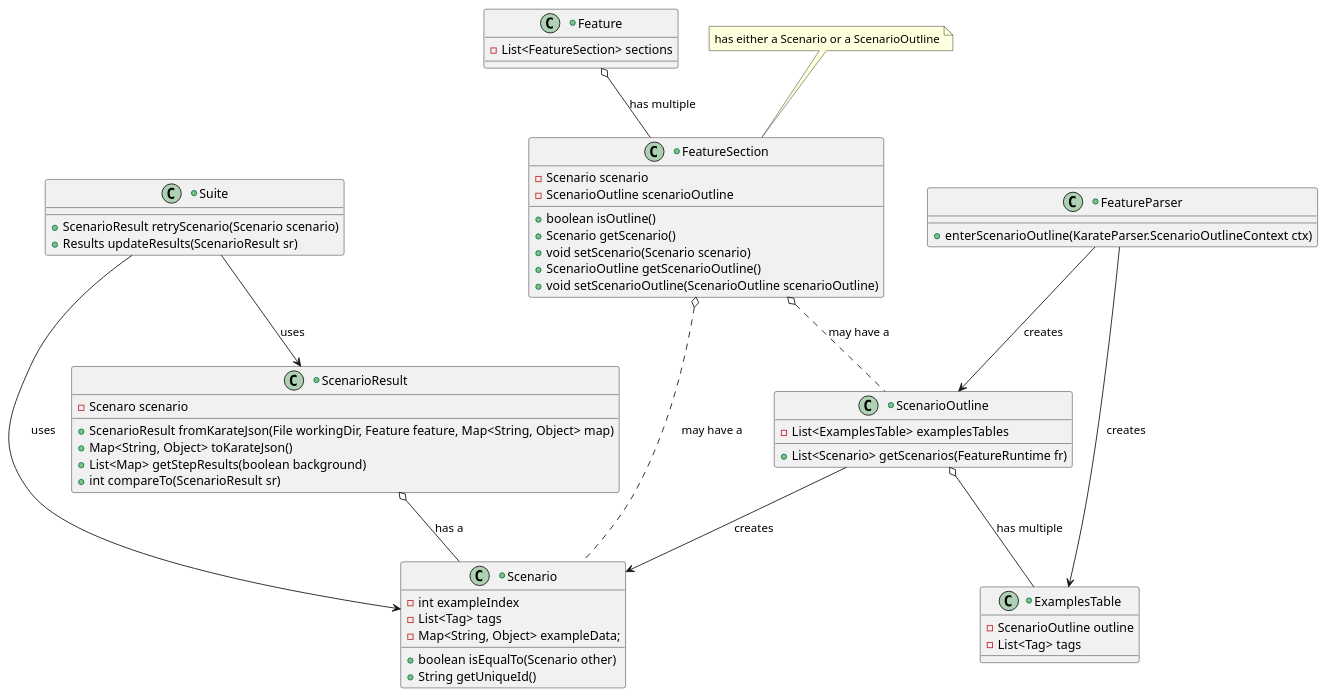
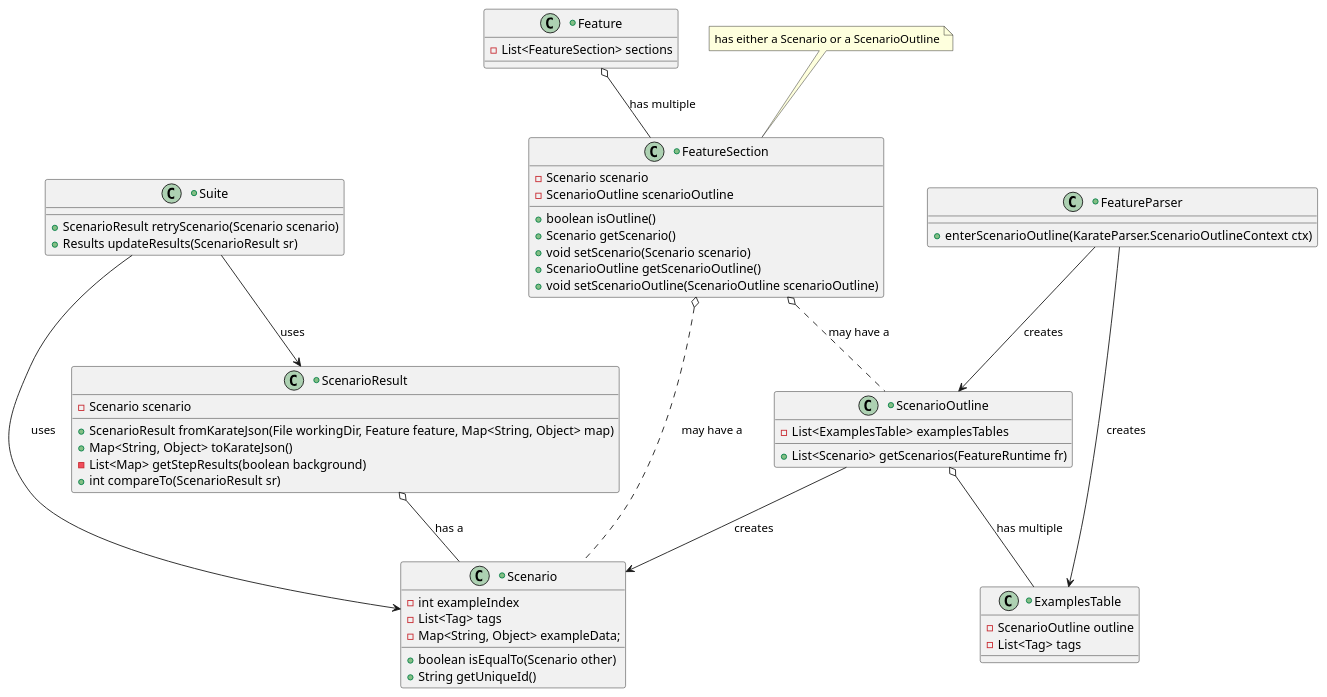
One commit to dd2480-group-18-2026/assignment-4-karate changed the diagram in assignment/uml/diagram_before.puml. Above: the diagram before and after it, drawn with PlantUML. The commit also changed 1 other file, not shown here.

```diff
--- a/assignment/uml/diagram_before.puml
+++ b/assignment/uml/diagram_before.puml
@@ -1,61 +1,61 @@
 @startuml diagram_before
 skinparam 300 dpi
 +class Suite {
 	+ScenarioResult retryScenario(Scenario scenario)
 	+Results updateResults(ScenarioResult sr)
 }
 +class Feature {
 	-List<FeatureSection> sections
 }
 +class FeatureSection {
 	-Scenario scenario
 	-ScenarioOutline scenarioOutline
 
 	+boolean isOutline()
 	+Scenario getScenario()
 	+void setScenario(Scenario scenario)
 	+ScenarioOutline getScenarioOutline()
 	+void setScenarioOutline(ScenarioOutline scenarioOutline)
 }
 +class FeatureParser {
 	+enterScenarioOutline(KarateParser.ScenarioOutlineContext ctx)
 }
 +class ScenarioOutline {
 	-List<ExamplesTable> examplesTables
 
 	+List<Scenario> getScenarios(FeatureRuntime fr)
 }
 +class Scenario {
 	-int exampleIndex
 	-List<Tag> tags
 	-Map<String, Object> exampleData;
 
 	+boolean isEqualTo(Scenario other)
 	+String getUniqueId() 
 }
 +class ExamplesTable {
 	-ScenarioOutline outline
 	-List<Tag> tags
 }
 +class ScenarioResult {
-	-Scenaro scenario
+	-Scenario scenario
 
 	+ScenarioResult fromKarateJson(File workingDir, Feature feature, Map<String, Object> map)
 	+Map<String, Object> toKarateJson()
-	+List<Map> getStepResults(boolean background)
+	-List<Map> getStepResults(boolean background)
 	+int compareTo(ScenarioResult sr)
 }
 
 note top of FeatureSection : has either a Scenario or a ScenarioOutline
 
 Feature o-- FeatureSection : "has multiple"
 FeatureSection o.. Scenario : "may have a"
 FeatureSection o.. ScenarioOutline : "may have a"
 Suite --> ScenarioResult : "uses"
 Suite --> Scenario : "uses"
 FeatureParser --> ScenarioOutline : "creates"
 FeatureParser --> ExamplesTable : "creates"
 ScenarioOutline --> Scenario : "creates"
 ScenarioOutline o-- ExamplesTable : "has multiple"
 ScenarioResult o-- Scenario : "has a"
 @enduml
```
